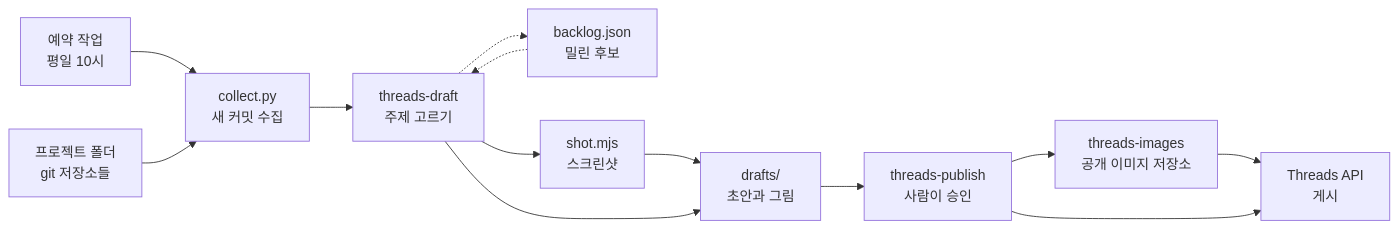
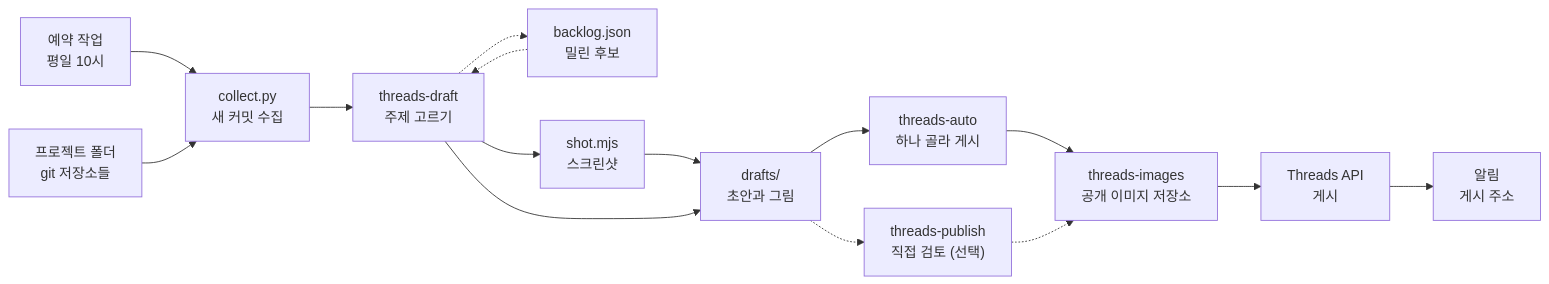
The diagram in README.md (mivomad33/thread-manager), drawn with Mermaid before and after one commit. The commit also changed other lines of this file and 8 other files, not shown here.

````diff
--- a/README.md
+++ b/README.md
@@ -33,15 +33,17 @@
 ```mermaid
 flowchart LR
   S["예약 작업<br/>평일 10시"] --> B["collect.py<br/>새 커밋 수집"]
   A["프로젝트 폴더<br/>git 저장소들"] --> B
   B --> C["threads-draft<br/>주제 고르기"]
   K["backlog.json<br/>밀린 후보"] -.-> C
   C -.-> K
   C --> D["shot.mjs<br/>스크린샷"]
   D --> E["drafts/<br/>초안과 그림"]
   C --> E
-  E --> F["threads-publish<br/>사람이 승인"]
+  E --> F["threads-auto<br/>하나 골라 게시"]
+  E -.-> P["threads-publish<br/>직접 검토 (선택)"]
   F --> G["threads-images<br/>공개 이미지 저장소"]
+  P -.-> G
   G --> H["Threads API<br/>게시"]
-  F --> H
+  H --> N["알림<br/>게시 주소"]
 ```
````
